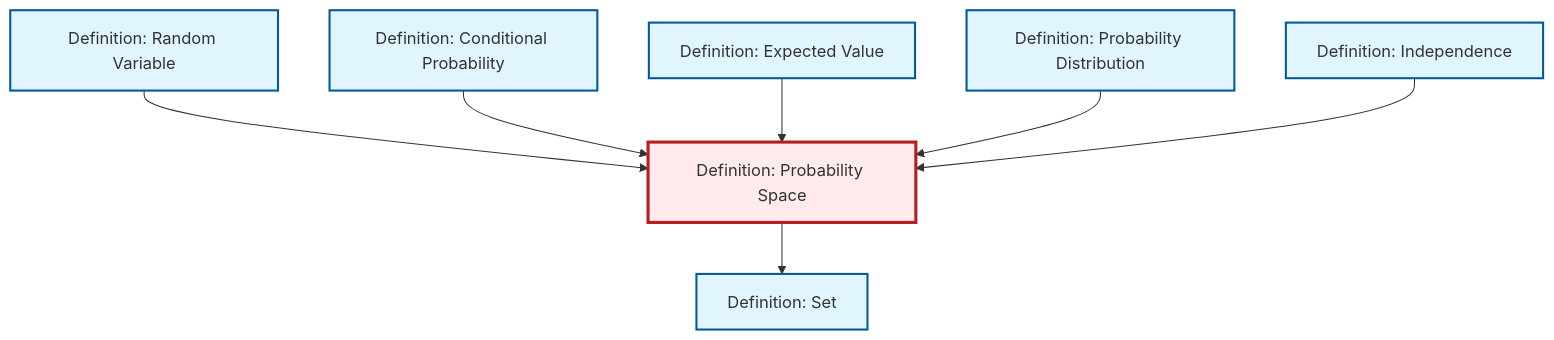
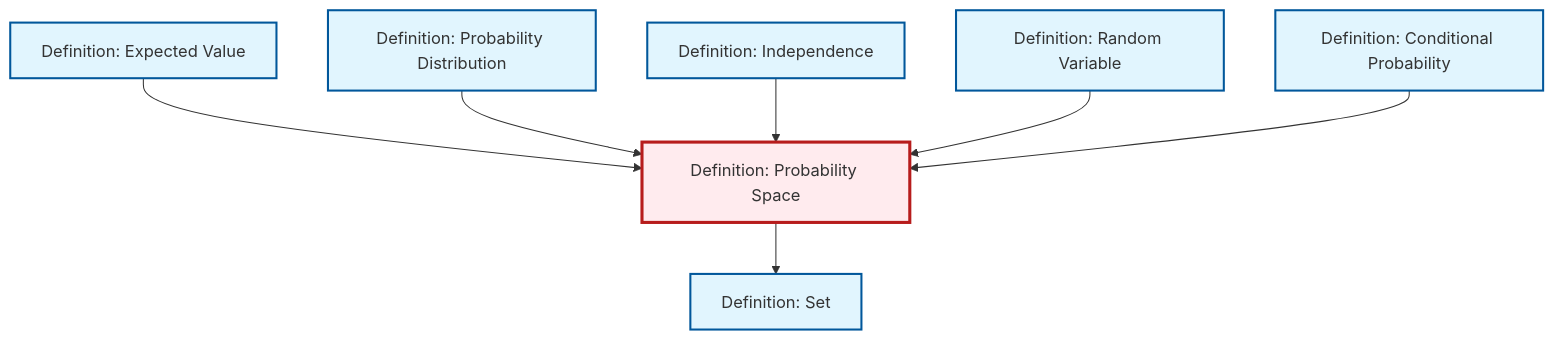
One commit to RK0429/ModernMath changed the diagram in content/en/probability-statistics/def-probability-space.qmd. Above: the diagram before and after it, drawn with Mermaid. The commit also changed other lines of this file and 1069 other files, not shown here.

````diff
--- a/content/en/probability-statistics/def-probability-space.qmd
+++ b/content/en/probability-statistics/def-probability-space.qmd
@@ -46,29 +46,29 @@
 ```{mermaid}
 %%| fig-cap: "Local dependency graph"
 graph TD
     classDef definition fill:#e1f5fe,stroke:#01579b,stroke-width:2px
     classDef theorem fill:#f3e5f5,stroke:#4a148c,stroke-width:2px
     classDef axiom fill:#fff3e0,stroke:#e65100,stroke-width:2px
     classDef example fill:#e8f5e9,stroke:#1b5e20,stroke-width:2px
     classDef current fill:#ffebee,stroke:#b71c1c,stroke-width:3px
+    def-expectation["Definition: Expected Value"]:::definition
+    def-conditional-probability["Definition: Conditional Probability"]:::definition
     def-set["Definition: Set"]:::definition
-    def-expectation["Definition: Expected Value"]:::definition
+    def-random-variable["Definition: Random Variable"]:::definition
+    def-probability-space["Definition: Probability Space"]:::definition
+    def-independence["Definition: Independence"]:::definition
     def-probability-distribution["Definition: Probability Distribution"]:::definition
-    def-conditional-probability["Definition: Conditional Probability"]:::definition
-    def-random-variable["Definition: Random Variable"]:::definition
-    def-independence["Definition: Independence"]:::definition
-    def-probability-space["Definition: Probability Space"]:::definition
-    def-probability-space --> def-set
-    def-random-variable --> def-probability-space
-    def-conditional-probability --> def-probability-space
     def-expectation --> def-probability-space
     def-probability-distribution --> def-probability-space
     def-independence --> def-probability-space
+    def-random-variable --> def-probability-space
+    def-probability-space --> def-set
+    def-conditional-probability --> def-probability-space
     class def-probability-space current
+    click def-expectation "def-expectation.html" "Go to Expected Value definition"
+    click def-conditional-probability "def-conditional-probability.html" "Go to Conditional Probability definition"
     click def-set "def-set.html" "Go to Set definition"
-    click def-expectation "def-expectation.html" "Go to Expected Value definition"
-    click def-probability-distribution "def-probability-distribution.html" "Go to Probability Distribution definition"
-    click def-conditional-probability "def-conditional-probability.html" "Go to Conditional Probability definition"
     click def-random-variable "def-random-variable.html" "Go to Random Variable definition"
     click def-independence "def-independence.html" "Go to Independence definition"
+    click def-probability-distribution "def-probability-distribution.html" "Go to Probability Distribution definition"
 ```
````
